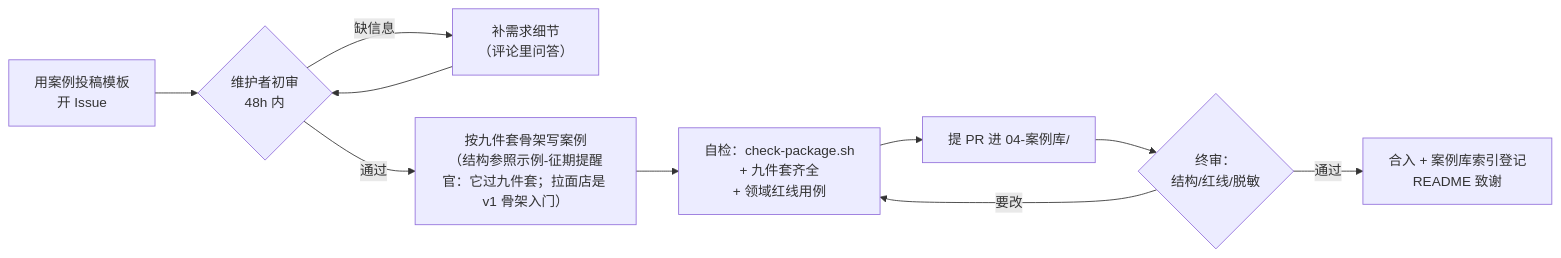
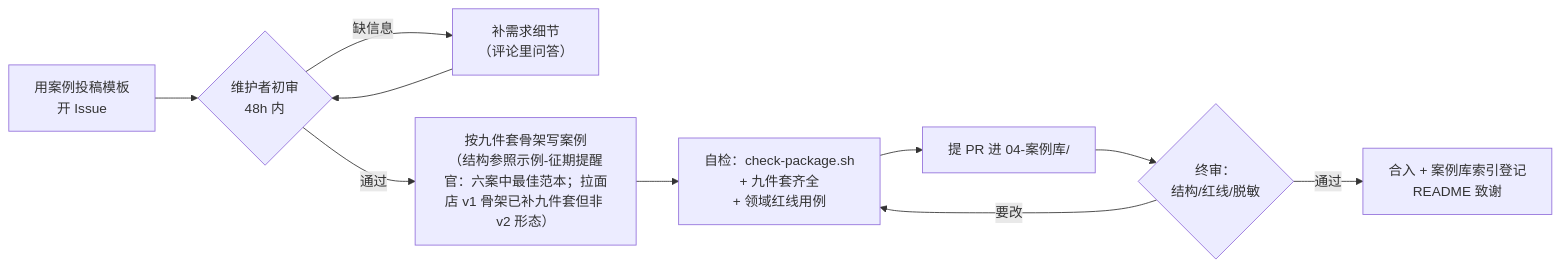
One commit to August06exe/ai-landing-consultant changed the diagram in CONTRIBUTING.md. Above: the diagram before and after it, drawn with Mermaid. The commit also changed 3 other files, not shown here.

````diff
--- a/CONTRIBUTING.md
+++ b/CONTRIBUTING.md
@@ -32,12 +32,12 @@
 ```mermaid
 flowchart LR
     A["用案例投稿模板<br/>开 Issue"] --> B{"维护者初审<br/>48h 内"}
     B -->|"缺信息"| C["补需求细节<br/>（评论里问答）"]
     C --> B
-    B -->|"通过"| D["按九件套骨架写案例<br/>（结构参照示例-征期提醒官：它过九件套；拉面店是 v1 骨架入门）"]
+    B -->|"通过"| D["按九件套骨架写案例<br/>（结构参照示例-征期提醒官：六案中最佳范本；拉面店 v1 骨架已补九件套但非 v2 形态）"]
     D --> E["自检：check-package.sh<br/>+ 九件套齐全<br/>+ 领域红线用例"]
     E --> F["提 PR 进 04-案例库/"]
     F --> G{"终审：<br/>结构/红线/脱敏"}
     G -->|"通过"| H["合入 + 案例库索引登记<br/>README 致谢"]
     G -->|"要改"| E
 ```
````
